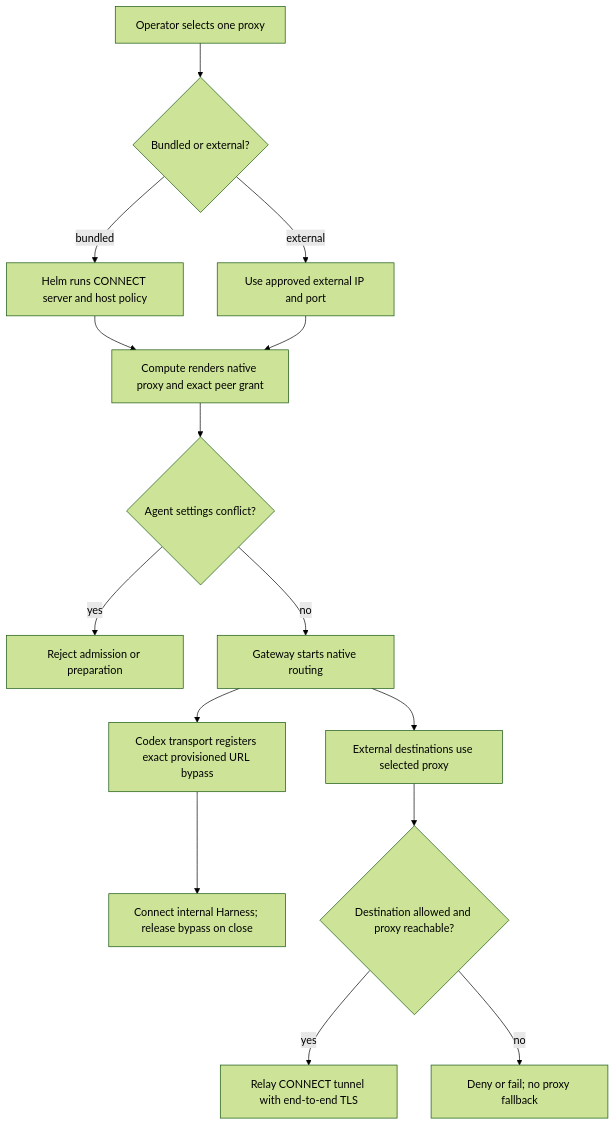
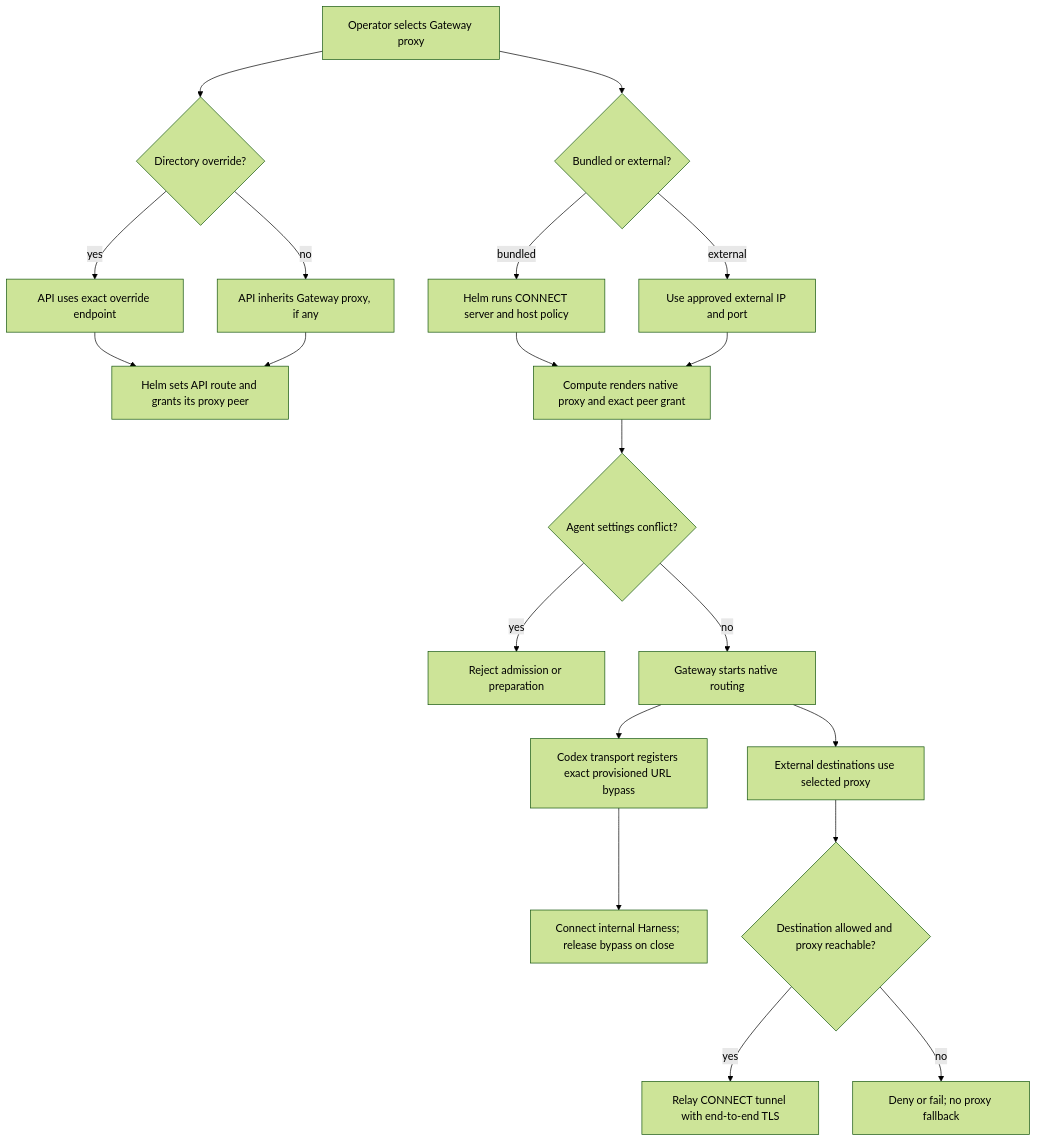
One commit to openclaw/openclaw-enterprise changed the diagram in docs/flows/gateway-outbound-proxy.md. Above: the diagram before and after it, drawn with Mermaid (forest theme). The commit also changed other lines of this file and 19 other files, not shown here.

Commit message:
fix: retain the optional directory proxy override

````diff
--- a/docs/flows/gateway-outbound-proxy.md
+++ b/docs/flows/gateway-outbound-proxy.md
@@ -27,17 +27,22 @@
 ```mermaid
 graph TD
-  A["Operator selects one proxy"] --> B{"Bundled or external?"}
+  A["Operator selects Gateway proxy"] --> B{"Bundled or external?"}
   B -->|bundled| C["Helm runs CONNECT server and host policy"]
   B -->|external| D["Use approved external IP and port"]
+  A --> N{"Directory override?"}
+  N -->|yes| O["API uses exact override endpoint"]
+  N -->|no| P["API inherits Gateway proxy, if any"]
+  O --> Q["Helm sets API route and grants its proxy peer"]
+  P --> Q
   C --> E["Compute renders native proxy and exact peer grant"]
   D --> E
   E --> F{"Agent settings conflict?"}
   F -->|yes| X["Reject admission or preparation"]
   F -->|no| G["Gateway starts native routing"]
   G --> H["External destinations use selected proxy"]
   G --> I["Codex transport registers exact provisioned URL bypass"]
   I --> J["Connect internal Harness; release bypass on close"]
   H --> K{"Destination allowed and proxy reachable?"}
   K -->|yes| L["Relay CONNECT tunnel with end-to-end TLS"]
   K -->|no| M["Deny or fail; no proxy fallback"]
 ```
````
